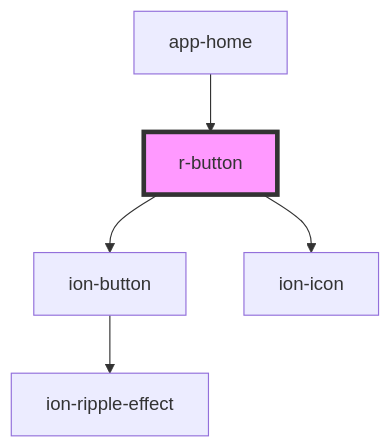
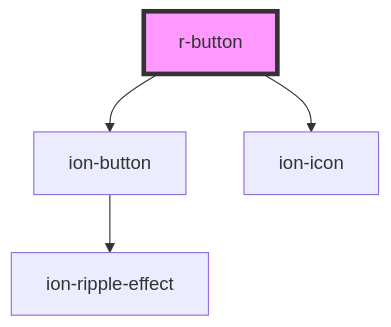
The diagram in src/components/r-button/readme.md (refactico/design-system), drawn with Mermaid before and after one commit. The commit also changed other lines of this file and 27 other files, not shown here.

First line of the commit message:
chore: update component dependencies and documentation for app-home

````diff
--- a/src/components/r-button/readme.md
+++ b/src/components/r-button/readme.md
@@ -43,8 +39,7 @@
 ```mermaid
 graph TD;
   r-button --> ion-button
   r-button --> ion-icon
   ion-button --> ion-ripple-effect
-  app-home --> r-button
   style r-button fill:#f9f,stroke:#333,stroke-width:4px
 ```
````
